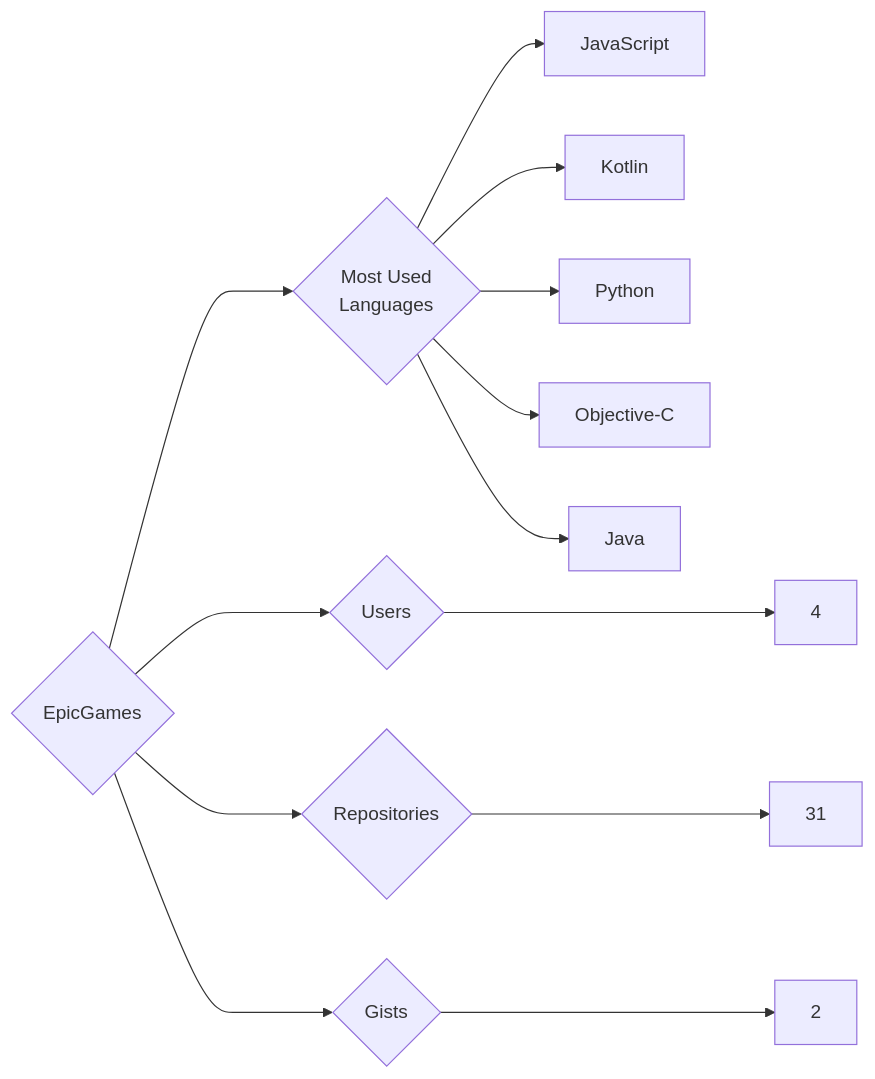
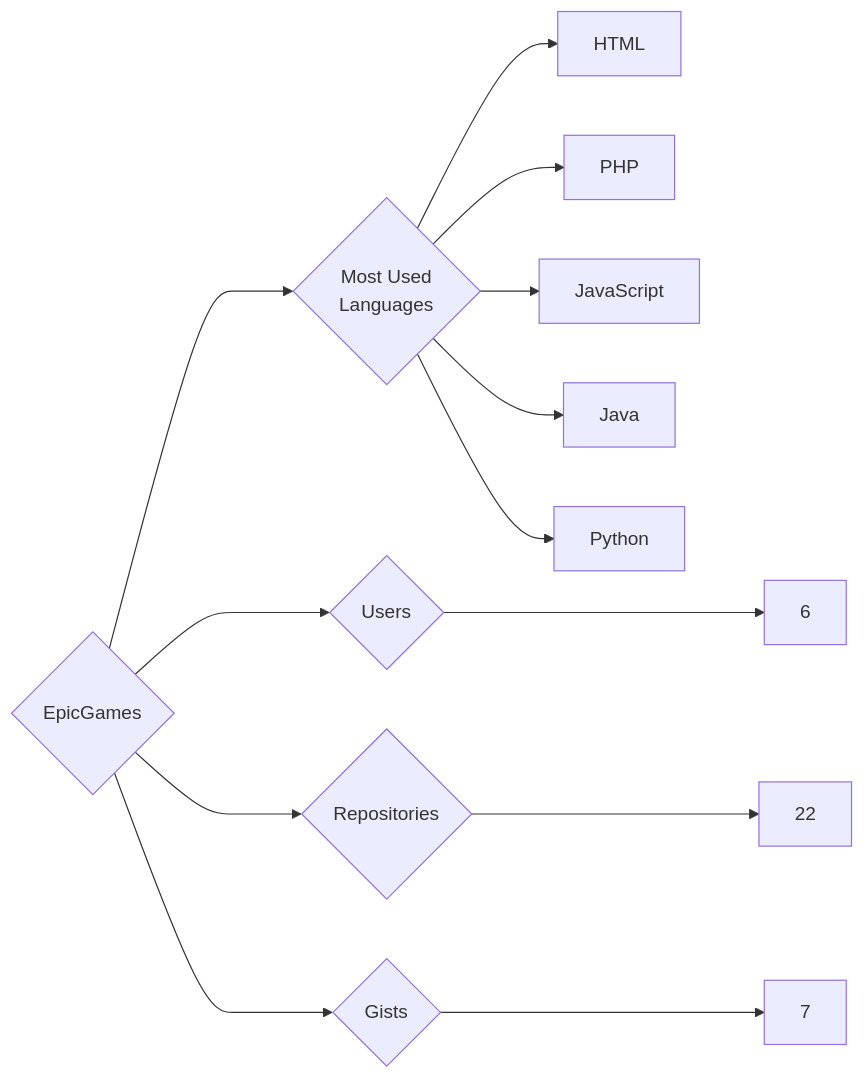
Before and after one commit to trickest/insiders: the diagram in targets/EpicGames/README.md, drawn with Mermaid. The commit also changed 1148 other files, not shown here.

````diff
--- a/targets/EpicGames/README.md
+++ b/targets/EpicGames/README.md
@@ -3,13 +3,13 @@
 ```mermaid
 graph LR
 COMPANY_NAME{EpicGames}
-COMPANY_NAME ---> U{Users} ---> UN[4]
-COMPANY_NAME ---> R{Repositories} ---> RN[31]
-COMPANY_NAME ---> G{Gists} ---> GN[2]
+COMPANY_NAME ---> U{Users} ---> UN[6]
+COMPANY_NAME ---> R{Repositories} ---> RN[22]
+COMPANY_NAME ---> G{Gists} ---> GN[7]
 COMPANY_NAME ---> ML{Most Used<br>Languages}
+ML --> HTML[HTML]
+ML --> PHP[PHP]
 ML --> JavaScript[JavaScript]
-ML --> Kotlin[Kotlin]
+ML --> Java[Java]
 ML --> Python[Python]
-ML --> Objective-C[Objective-C]
-ML --> Java[Java]
 ```
````
